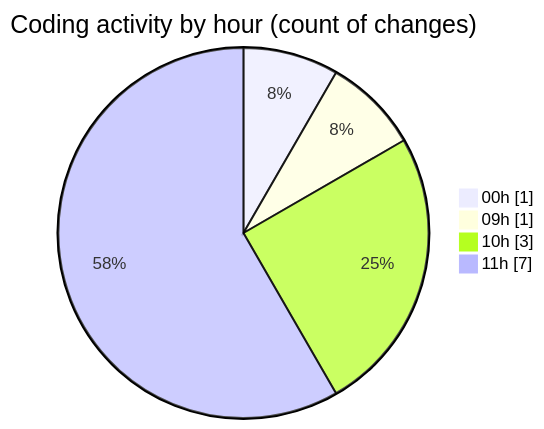
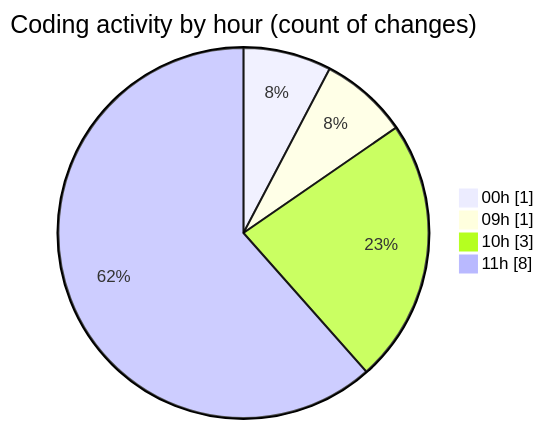
Before and after one commit to momahboobian/code-tracking: the second of 2 diagrams in 2025-05-22/cda/README.md, drawn with Mermaid. The commit also changed other lines of this file and 1 other file, not shown here.

````diff
--- a/2025-05-22/cda/README.md
+++ b/2025-05-22/cda/README.md
@@ -35,8 +37,8 @@
 ```mermaid
 pie showData
 title Coding activity by hour (count of changes)
 "00h" : 1
 "09h" : 1
 "10h" : 3
-"11h" : 7
+"11h" : 8
 ```
````
